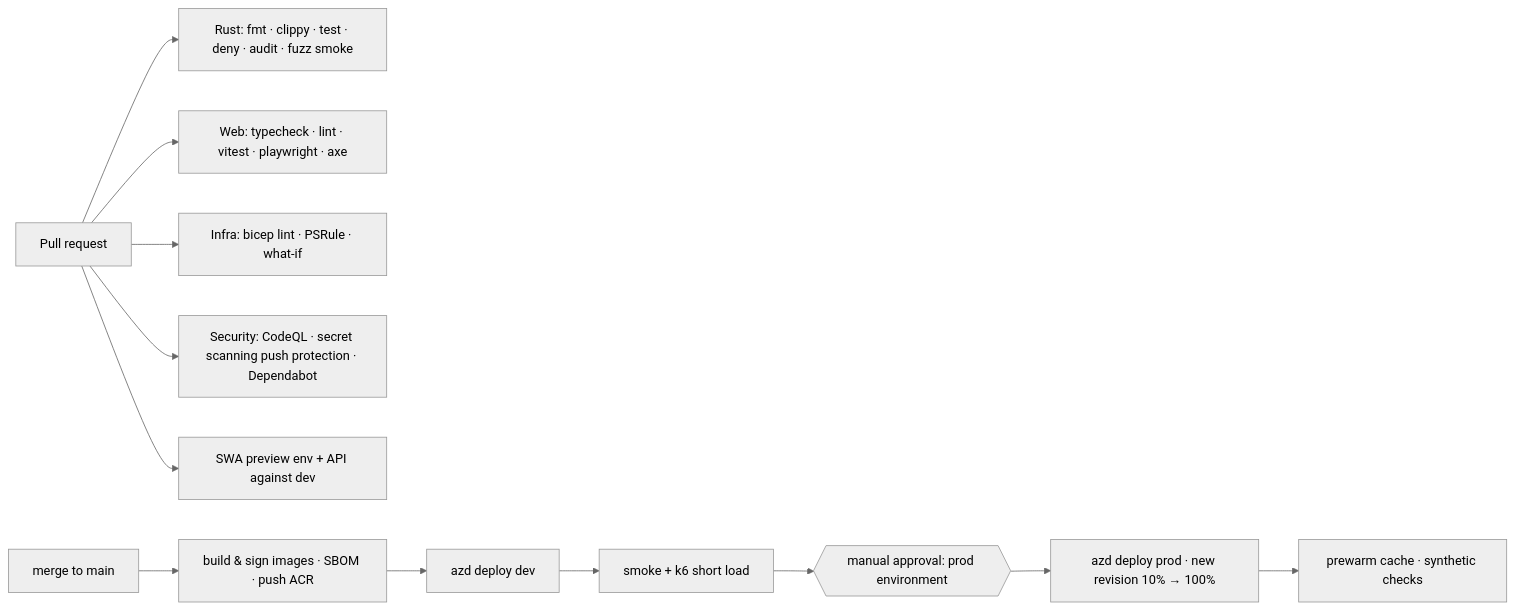
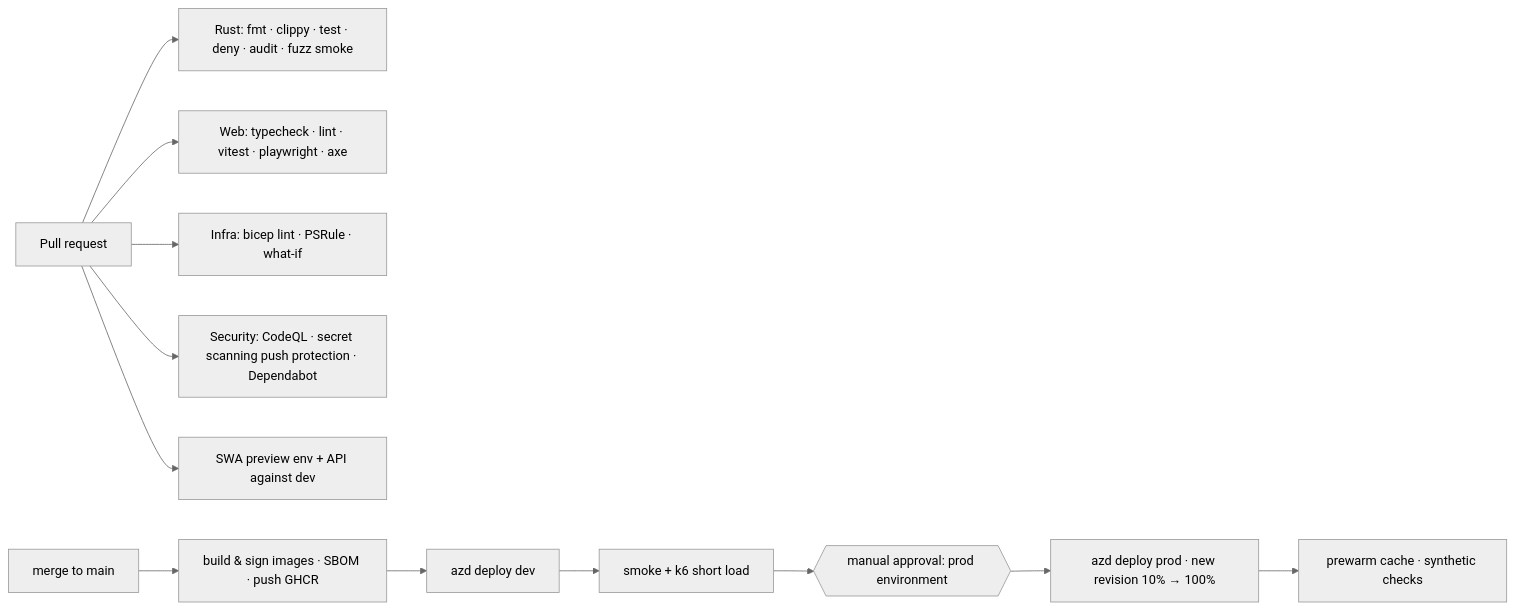
Before and after one commit to tgoodyear/usnewsmap.com: the diagram in docs/design/08-azure-infrastructure.md, drawn with Mermaid (neutral theme). The commit also changed other lines of this file and 16 other files, not shown here.

````diff
--- a/docs/design/08-azure-infrastructure.md
+++ b/docs/design/08-azure-infrastructure.md
@@ -61,14 +76,14 @@
 ```mermaid
 flowchart LR
   PR[Pull request] --> CI1[Rust: fmt · clippy · test · deny · audit · fuzz smoke]
   PR --> CI2[Web: typecheck · lint · vitest · playwright · axe]
   PR --> CI3[Infra: bicep lint · PSRule · what-if]
   PR --> CI4[Security: CodeQL · secret scanning push protection · Dependabot]
   PR --> PREV[SWA preview env + API against dev]
-  M[merge to main] --> B[build & sign images · SBOM · push ACR]
+  M[merge to main] --> B[build & sign images · SBOM · push GHCR]
   B --> DEV[azd deploy dev]
   DEV --> SMK[smoke + k6 short load]
   SMK --> GATE{{manual approval: prod environment}}
   GATE --> PROD[azd deploy prod · new revision 10% → 100%]
   PROD --> POST[prewarm cache · synthetic checks]
 ```
````
